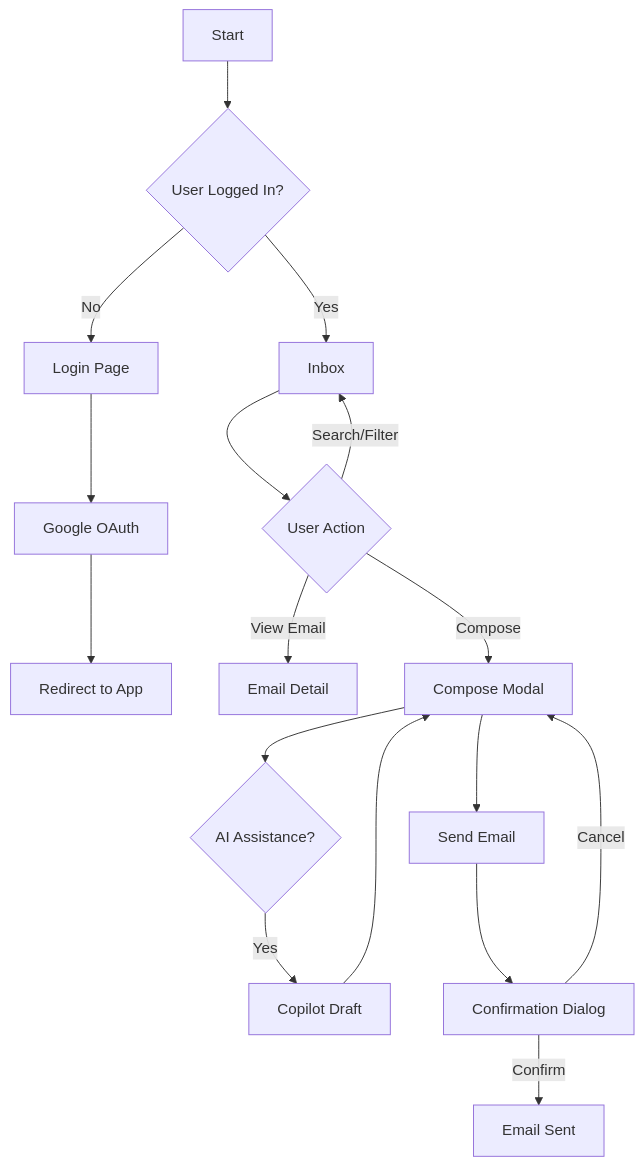
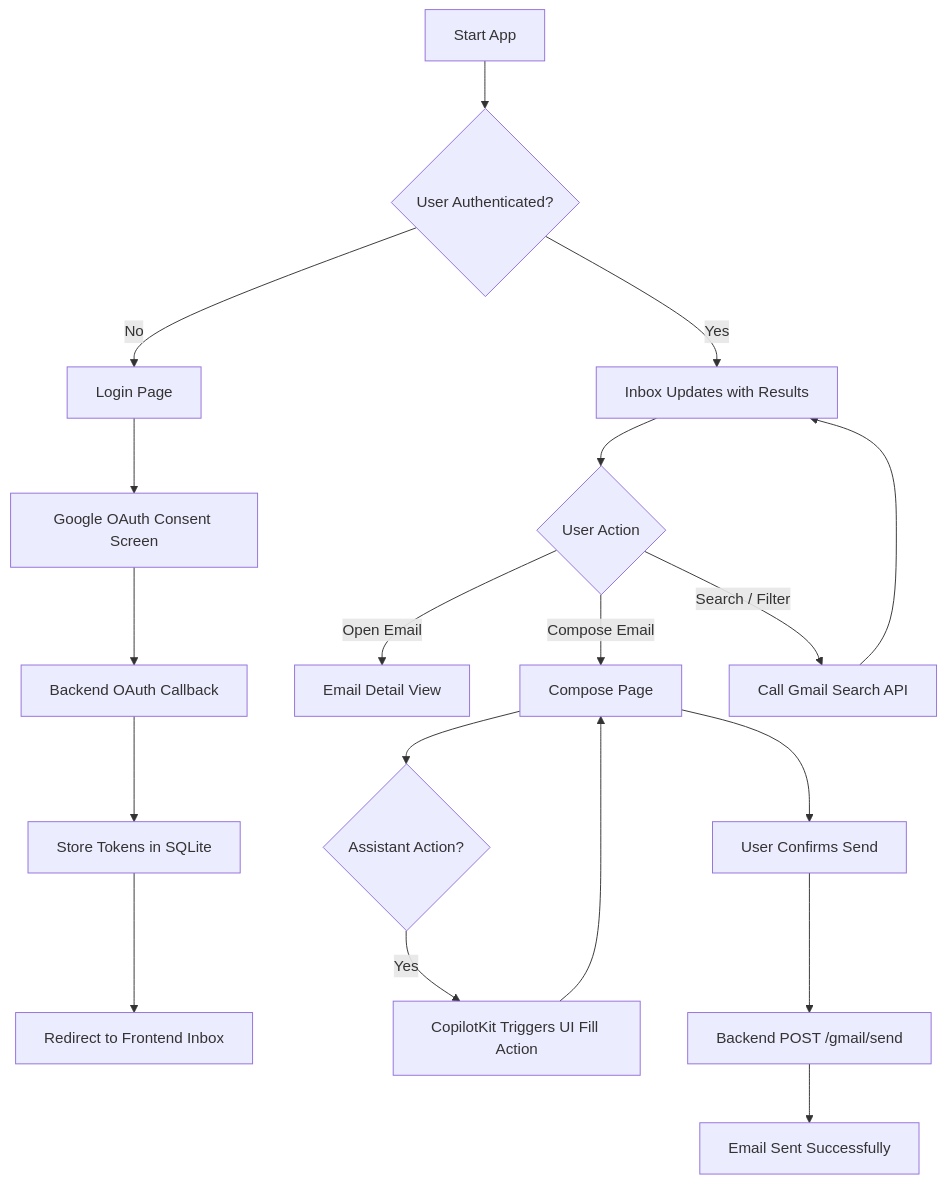
One commit to jsean662/MailFlowAI changed the first of 2 diagrams in README.md. Above: the diagram before and after it, drawn with Mermaid. The commit also changed other lines of this file and 1 other file, not shown here.

Commit message:
docs: Enhance README with detailed application and email interaction flow diagrams, and update app name to MailFlow.AI in the sidebar.

````diff
--- a/README.md
+++ b/README.md
@@ -30,19 +30,29 @@
 ```mermaid
 graph TD
-    A[Start] --> B{User Logged In?}
+    A[Start App] --> B{User Authenticated?}
+
     B -- No --> C[Login Page]
-    C --> D[Google OAuth]
-    D --> E[Redirect to App]
-    B -- Yes --> F[Inbox]
-    F --> G{User Action}
-    G -- View Email --> H[Email Detail]
-    G -- Compose --> I[Compose Modal]
-    G -- Search/Filter --> F
-    I --> J{AI Assistance?}
-    J -- Yes --> K[Copilot Draft]
-    K --> I
-    I --> L[Send Email]
-    L --> M[Confirmation Dialog]
-    M -- Confirm --> N[Email Sent]
-    M -- Cancel --> I
+    C --> D[Google OAuth Consent Screen]
+    D --> E[Backend OAuth Callback]
+    E --> F[Store Tokens in SQLite]
+    F --> G[Redirect to Frontend Inbox]
+
+    B -- Yes --> H[Inbox View]
+
+    H --> I{User Action}
+
+    I -- Open Email --> J[Email Detail View]
+
+    I -- Compose Email --> K[Compose Page]
+
+    I -- Search / Filter --> L[Call Gmail Search API]
+    L --> H[Inbox Updates with Results]
+
+    K --> M{Assistant Action?}
+    M -- Yes --> N[CopilotKit Triggers UI Fill Action]
+    N --> K
+
+    K --> O[User Confirms Send]
+    O --> P[Backend POST /gmail/send]
+    P --> Q[Email Sent Successfully]
 ```
````
